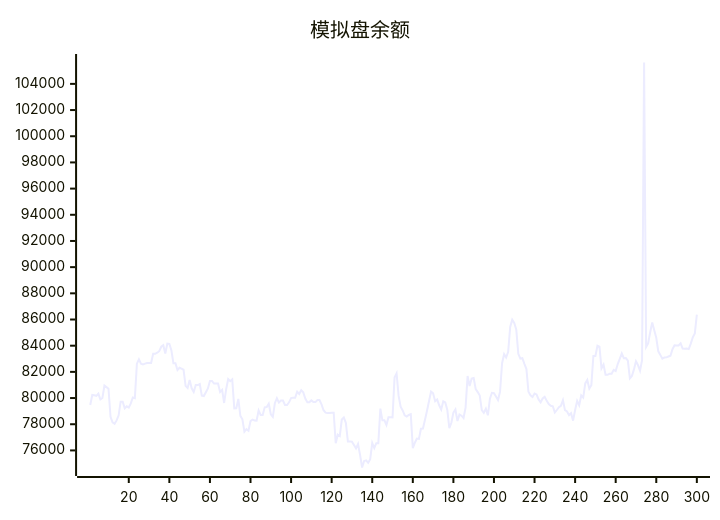
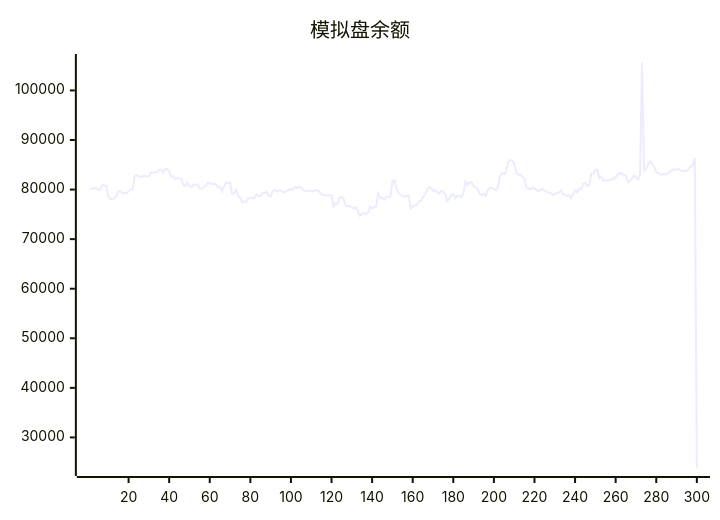
The diagram in README.md (aahl/ai-trading), drawn with Mermaid before and after one commit. The commit also changed other lines of this file and 1 other file, not shown here.

````diff
--- a/README.md
+++ b/README.md
@@ -5,5 +5,5 @@
 ```mermaid
 xychart
     title "模拟盘余额"
-    line [79470,80236,80208,80170,80336,79894,80006,80954,80837,80712,78561,78139,78037,78293,78682,79720,79720,79214,79372,79279,79591,80046,79993,82625,82950,82626,82571,82633,82670,82670,82681,83386,83378,83464,83579,83920,84037,83402,84160,84142,83652,82655,82655,82145,82315,82243,82163,80934,80770,81371,80742,80468,80989,80989,81067,80191,80155,80450,80737,81309,81309,81106,81119,81119,80471,80631,79624,80670,81448,81290,81429,79212,79222,79940,78643,78380,77432,77623,77504,78235,78358,78284,78277,79048,78714,78714,79290,79308,79567,78763,78563,79603,79988,79652,79813,79813,79476,79469,79673,79995,80015,80015,80486,80314,80600,80436,79966,79689,79689,79819,79692,79692,79850,79850,79518,79071,78889,78850,78850,78878,78878,76554,77202,77103,78357,78510,78106,76678,76677,76672,76411,76159,76485,75656,74695,75197,75246,75052,75334,76564,76179,76553,76551,79196,78300,78300,77944,78531,78531,78521,81564,81884,80160,79335,79055,78675,78580,78708,78764,76179,76586,76902,76876,77658,77669,78346,79023,79769,80497,80366,79761,79896,79448,79126,79749,79658,79097,77695,78114,78888,79126,78249,78738,78653,78478,79271,81680,80923,81488,81527,80681,80455,80190,79084,78879,79193,78686,79954,80403,80374,80118,79848,80491,82665,83351,83098,83525,85430,85983,85737,85221,83378,83014,83043,82613,82216,80477,80208,80081,80348,80277,79894,79670,79965,80093,79786,79542,79406,79371,78893,79087,79304,79406,79841,79072,78978,78696,78846,78272,79085,79787,79442,80198,80031,81120,81379,80718,80985,83214,83212,83993,83921,82270,82547,81776,81776,81866,81866,82158,82061,82596,83000,83408,83041,83050,82858,81503,81691,82188,82812,82517,82092,82901,105633,83898,84180,85030,85781,85178,84604,83569,83298,83008,83093,83107,83175,83228,83729,84025,84017,84019,84177,83775,83762,83785,83738,84160,84639,84939,86370]
+    line [80236,80208,80170,80336,79894,80006,80954,80837,80712,78561,78139,78037,78293,78682,79720,79720,79214,79372,79279,79591,80046,79993,82625,82950,82626,82571,82633,82670,82670,82681,83386,83378,83464,83579,83920,84037,83402,84160,84142,83652,82655,82655,82145,82315,82243,82163,80934,80770,81371,80742,80468,80989,80989,81067,80191,80155,80450,80737,81309,81309,81106,81119,81119,80471,80631,79624,80670,81448,81290,81429,79212,79222,79940,78643,78380,77432,77623,77504,78235,78358,78284,78277,79048,78714,78714,79290,79308,79567,78763,78563,79603,79988,79652,79813,79813,79476,79469,79673,79995,80015,80015,80486,80314,80600,80436,79966,79689,79689,79819,79692,79692,79850,79850,79518,79071,78889,78850,78850,78878,78878,76554,77202,77103,78357,78510,78106,76678,76677,76672,76411,76159,76485,75656,74695,75197,75246,75052,75334,76564,76179,76553,76551,79196,78300,78300,77944,78531,78531,78521,81564,81884,80160,79335,79055,78675,78580,78708,78764,76179,76586,76902,76876,77658,77669,78346,79023,79769,80497,80366,79761,79896,79448,79126,79749,79658,79097,77695,78114,78888,79126,78249,78738,78653,78478,79271,81680,80923,81488,81527,80681,80455,80190,79084,78879,79193,78686,79954,80403,80374,80118,79848,80491,82665,83351,83098,83525,85430,85983,85737,85221,83378,83014,83043,82613,82216,80477,80208,80081,80348,80277,79894,79670,79965,80093,79786,79542,79406,79371,78893,79087,79304,79406,79841,79072,78978,78696,78846,78272,79085,79787,79442,80198,80031,81120,81379,80718,80985,83214,83212,83993,83921,82270,82547,81776,81776,81866,81866,82158,82061,82596,83000,83408,83041,83050,82858,81503,81691,82188,82812,82517,82092,82901,105633,83898,84180,85030,85781,85178,84604,83569,83298,83008,83093,83107,83175,83228,83729,84025,84017,84019,84177,83775,83762,83785,83738,84160,84639,84939,86370,23934]
 ```
````
